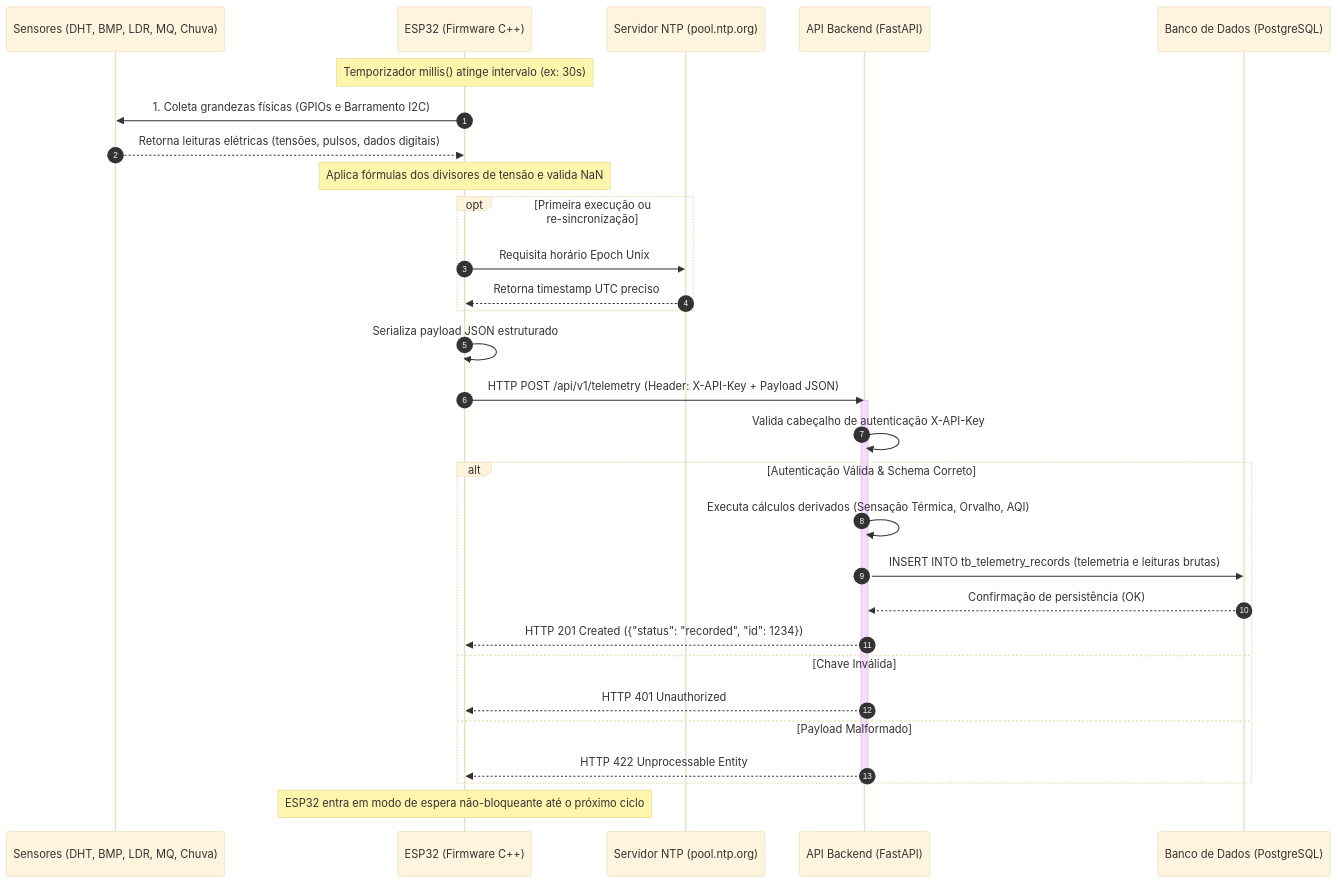
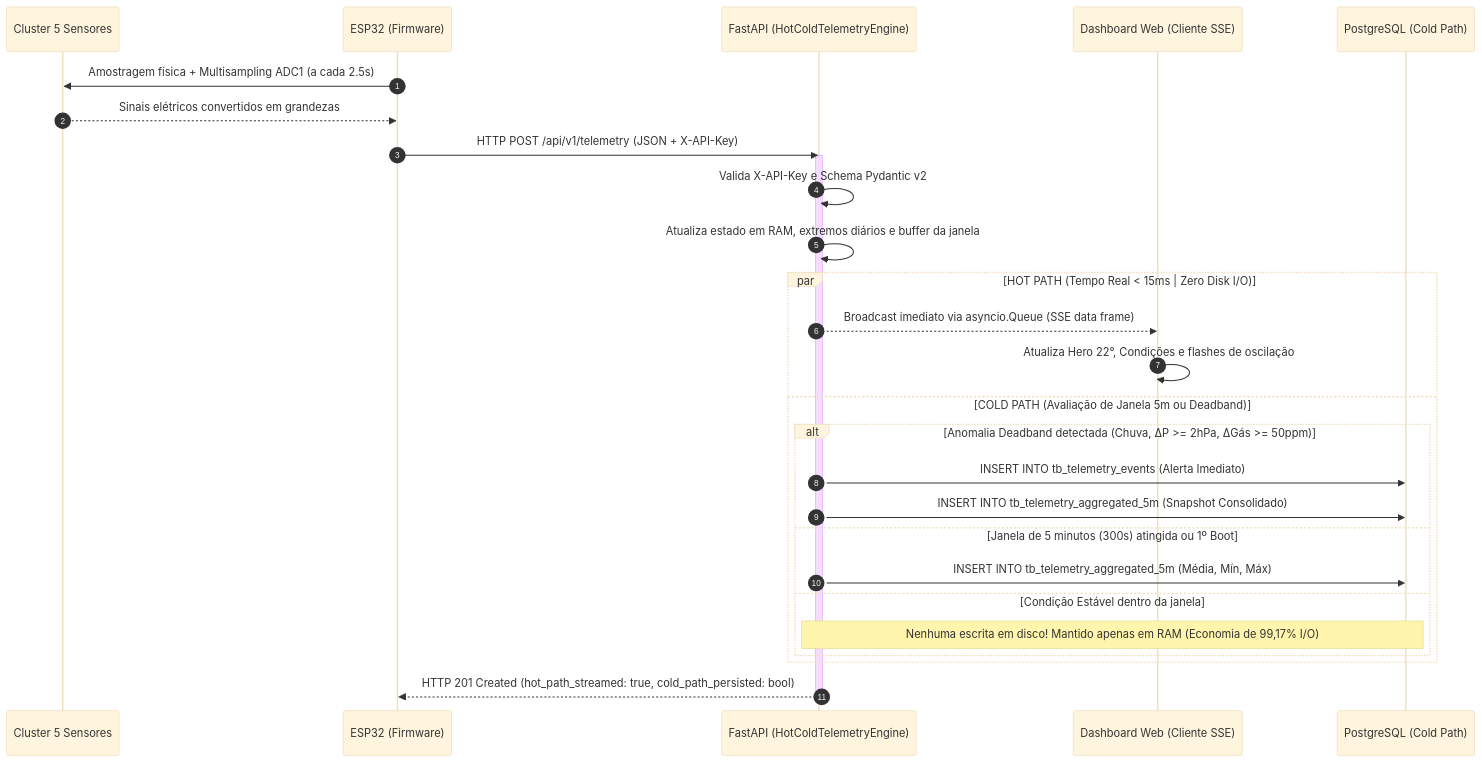
The first of 2 diagrams in docs/diagrama_sequencia.md (wallacevilela7/ecopulse), drawn with Mermaid (base theme) before and after one commit. The commit also changed other lines of this file and 29 other files, not shown here.

Commit message:
feat(v2.0): implement Hot/Cold Path backend, remodel frontend to iOS Weather UI with scroll peek, and prune legacy files

````diff
--- a/docs/diagrama_sequencia.md
+++ b/docs/diagrama_sequencia.md
@@ -9,43 +9,34 @@
 ```mermaid
 sequenceDiagram
     autonumber
-    participant HW as Sensores (DHT, BMP, LDR, MQ, Chuva)
-    participant ESP as ESP32 (Firmware C++)
-    participant NTP as Servidor NTP (pool.ntp.org)
-    participant API as API Backend (FastAPI)
-    participant DB as Banco de Dados (PostgreSQL)
+    participant HW as Cluster 5 Sensores
+    participant ESP as ESP32 (Firmware)
+    participant API as FastAPI (HotColdTelemetryEngine)
+    participant SSE as Dashboard Web (Cliente SSE)
+    participant DB as PostgreSQL (Cold Path)
 
-    Note over ESP: Temporizador millis() atinge intervalo (ex: 30s)
+    ESP->>HW: Amostragem física + Multisampling ADC1 (a cada 2.5s)
+    HW-->>ESP: Sinais elétricos convertidos em grandezas
+    ESP->>API: HTTP POST /api/v1/telemetry (JSON + X-API-Key)
+    activate API
+
+    API->>API: Valida X-API-Key e Schema Pydantic v2
+    API->>API: Atualiza estado em RAM, extremos diários e buffer da janela
     
-    ESP->>HW: 1. Coleta grandezas físicas (GPIOs e Barramento I2C)
-    HW-->>ESP: Retorna leituras elétricas (tensões, pulsos, dados digitais)
-    
-    Note over ESP: Aplica fórmulas dos divisores de tensão e valida NaN
-    
-    opt Primeira execução ou re-sincronização
-        ESP->>NTP: Requisita horário Epoch Unix
-        NTP-->>ESP: Retorna timestamp UTC preciso
+    par HOT PATH (Tempo Real < 15ms | Zero Disk I/O)
+        API-->>SSE: Broadcast imediato via asyncio.Queue (SSE data frame)
+        SSE->>SSE: Atualiza Hero 22°, Condições e flashes de oscilação
+    and COLD PATH (Avaliação de Janela 5m ou Deadband)
+        alt Anomalia Deadband detectada (Chuva, ΔP >= 2hPa, ΔGás >= 50ppm)
+            API->>DB: INSERT INTO tb_telemetry_events (Alerta Imediato)
+            API->>DB: INSERT INTO tb_telemetry_aggregated_5m (Snapshot Consolidado)
+        else Janela de 5 minutos (300s) atingida ou 1º Boot
+            API->>DB: INSERT INTO tb_telemetry_aggregated_5m (Média, Mín, Máx)
+        else Condição Estável dentro da janela
+            Note over API,DB: Nenhuma escrita em disco! Mantido apenas em RAM (Economia de 99,17% I/O)
+        end
     end
-    
-    ESP->>ESP: Serializa payload JSON estruturado
-    
-    ESP->>API: HTTP POST /api/v1/telemetry (Header: X-API-Key + Payload JSON)
-    activate API
-    
-    API->>API: Valida cabeçalho de autenticação X-API-Key
-    
-    alt Autenticação Válida & Schema Correto
-        API->>API: Executa cálculos derivados (Sensação Térmica, Orvalho, AQI)
-        API->>DB: INSERT INTO tb_telemetry_records (telemetria e leituras brutas)
-        DB-->>API: Confirmação de persistência (OK)
-        API-->>ESP: HTTP 201 Created ({"status": "recorded", "id": 1234})
-    else Chave Inválida
-        API-->>ESP: HTTP 401 Unauthorized
-    else Payload Malformado
-        API-->>ESP: HTTP 422 Unprocessable Entity
-    end
-    
+
+    API-->>ESP: HTTP 201 Created (hot_path_streamed: true, cold_path_persisted: bool)
     deactivate API
-    
-    Note over ESP: ESP32 entra em modo de espera não-bloqueante até o próximo ciclo
 ```
````
